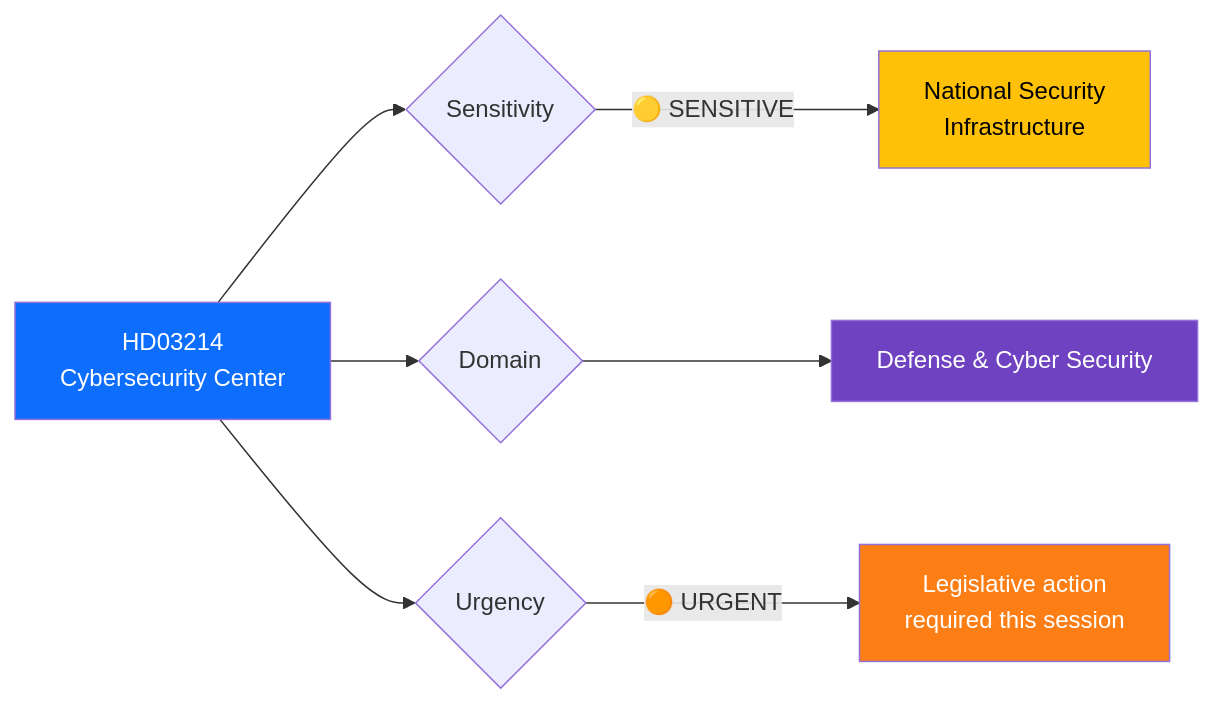
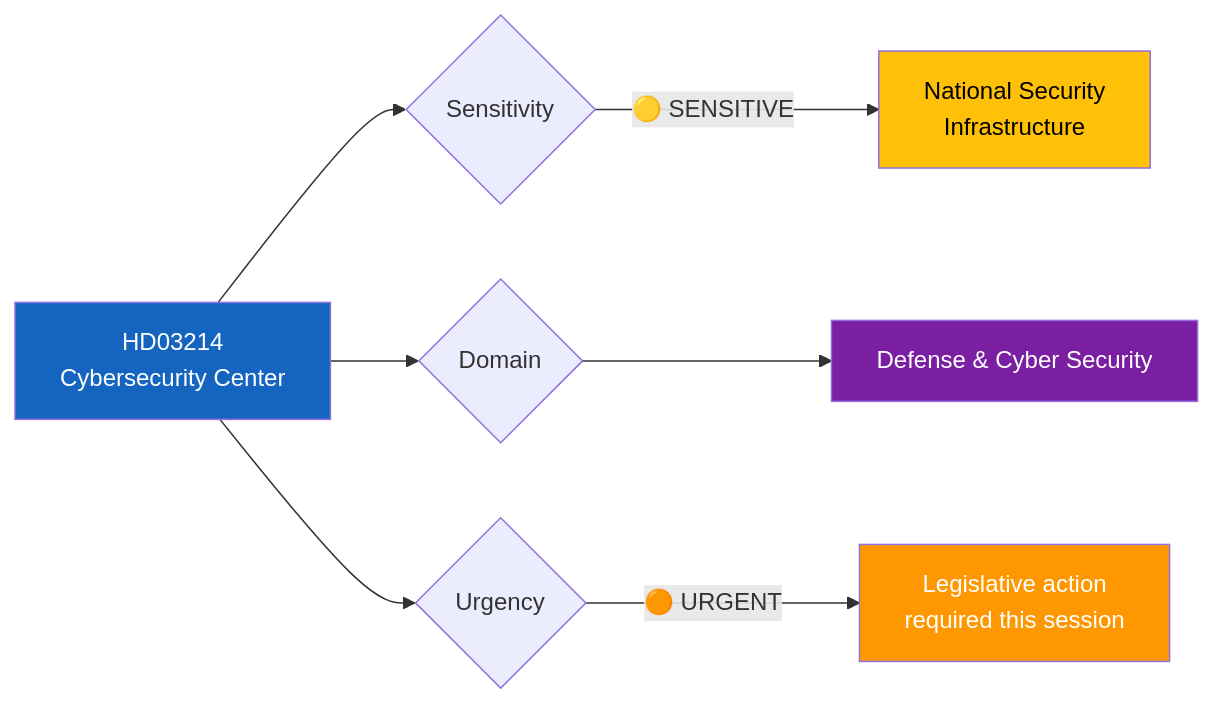
The first of 2 diagrams in analysis/daily/2026-04-01/documents/HD03214-analysis.md (Hack23/riksdagsmonitor), drawn with Mermaid before and after one commit. The commit also changed other lines of this file and 785 other files, not shown here.

First line of the commit message:
Normalize mermaid colors across 786 analysis artifacts to ISMS Style Guide palette

````diff
--- a/analysis/daily/2026-04-01/documents/HD03214-analysis.md
+++ b/analysis/daily/2026-04-01/documents/HD03214-analysis.md
@@ -26,16 +26,16 @@
 ```mermaid
 graph LR
     A["HD03214<br/>Cybersecurity Center"] --> B{Sensitivity}
     B -->|"🟡 SENSITIVE"| D["National Security<br/>Infrastructure"]
     
     A --> G{Domain}
     G --> H["Defense & Cyber Security"]
     
     A --> I{Urgency}
     I -->|"🟠 URGENT"| K["Legislative action<br/>required this session"]
     
-    style A fill:#0d6efd,color:#fff
-    style D fill:#ffc107,color:#000
-    style H fill:#6f42c1,color:#fff
-    style K fill:#fd7e14,color:#fff
+    style A fill:#1565C0,color:#FFFFFF
+    style D fill:#FFC107,color:#000000
+    style H fill:#7B1FA2,color:#FFFFFF
+    style K fill:#FF9800,color:#FFFFFF
 ```
````
